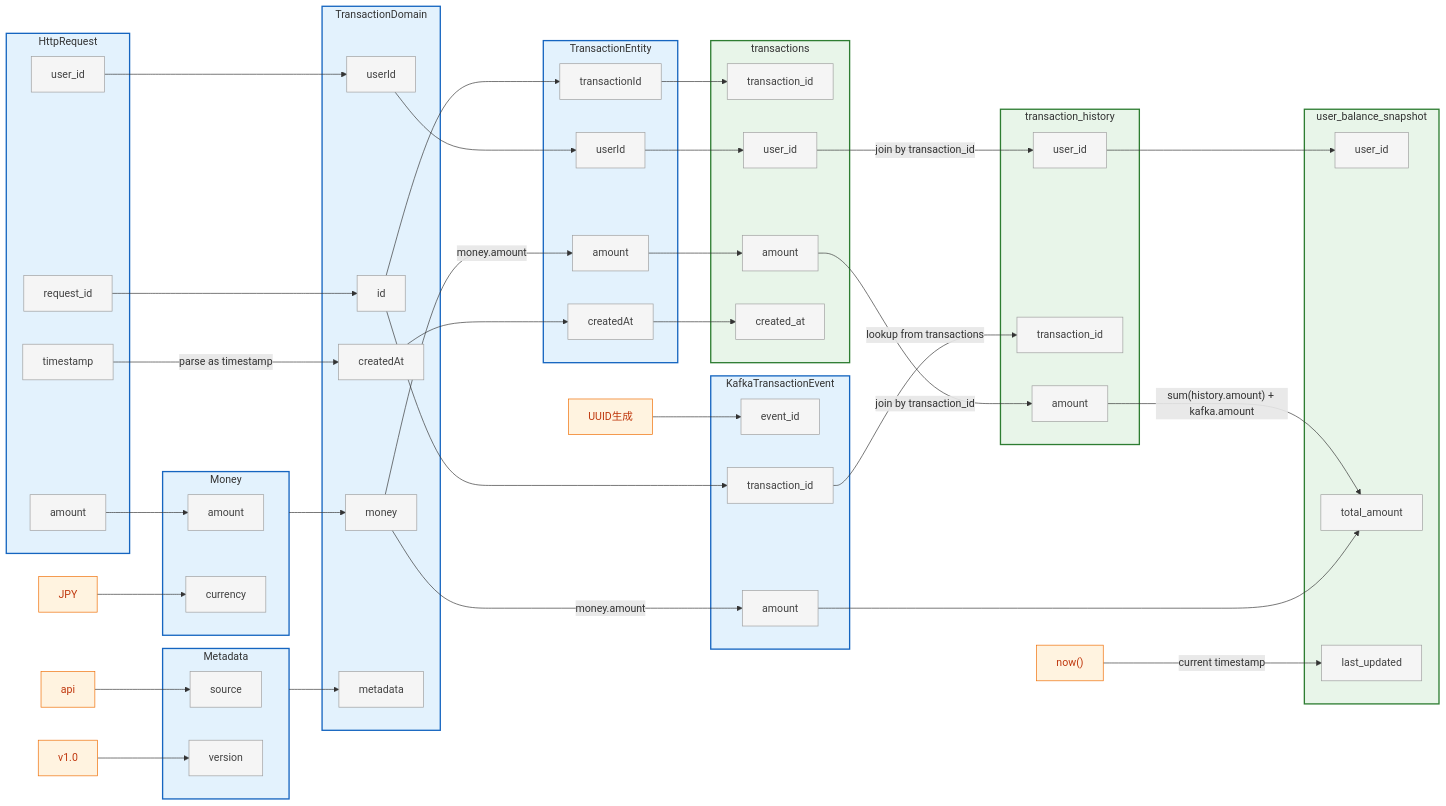
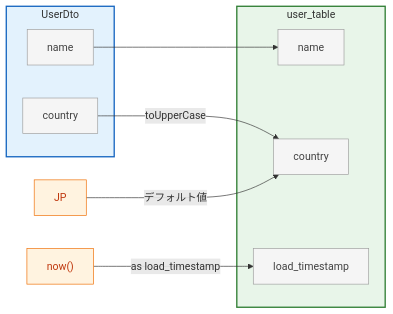
The diagram in README.md (suwa-sh/lineage-to-graph), drawn with Mermaid before and after one commit. The commit also changed other lines of this file and 1 other file, not shown here.

Commit message:
docs: 情報整理

````diff
--- a/README.md
+++ b/README.md
@@ -15,105 +32,23 @@
   classDef property fill:#F5F5F5,stroke:#9E9E9E,stroke-width:1px,color:#424242;
   classDef literal fill:#FFF3E0,stroke:#EF6C00,stroke-width:1px,color:#BF360C;
 
-    subgraph KafkaTransactionEvent[KafkaTransactionEvent]
-      KafkaTransactionEvent_event_id["event_id"]:::property
-      KafkaTransactionEvent_transaction_id["transaction_id"]:::property
-      KafkaTransactionEvent_amount["amount"]:::property
+    subgraph UserDto[UserDto]
+      UserDto_name["name"]:::property
+      UserDto_country["country"]:::property
     end
-    class KafkaTransactionEvent program_bg
+    class UserDto program_bg
 
-    subgraph transaction_history[transaction_history]
-      transaction_history_user_id["user_id"]:::property
-      transaction_history_transaction_id["transaction_id"]:::property
-      transaction_history_amount["amount"]:::property
+    subgraph user_table[user_table]
+      user_table_name["name"]:::property
+      user_table_country["country"]:::property
+      user_table_load_timestamp["load_timestamp"]:::property
     end
-    class transaction_history datastore_bg
+    class user_table datastore_bg
 
-    subgraph user_balance_snapshot[user_balance_snapshot]
-      user_balance_snapshot_user_id["user_id"]:::property
-      user_balance_snapshot_total_amount["total_amount"]:::property
-      user_balance_snapshot_last_updated["last_updated"]:::property
-    end
-    class user_balance_snapshot datastore_bg
-
-    subgraph TransactionDomain[TransactionDomain]
-      TransactionDomain_id["id"]:::property
-      TransactionDomain_userId["userId"]:::property
-      TransactionDomain_createdAt["createdAt"]:::property
-      TransactionDomain_money["money"]:::property
-      TransactionDomain_metadata["metadata"]:::property
-    end
-    class TransactionDomain program_bg
-
-    subgraph Money[Money]
-      Money_amount["amount"]:::property
-      Money_currency["currency"]:::property
-    end
-    class Money program_bg
-
-    subgraph TransactionEntity[TransactionEntity]
-      TransactionEntity_transactionId["transactionId"]:::property
-      TransactionEntity_userId["userId"]:::property
-      TransactionEntity_amount["amount"]:::property
-      TransactionEntity_createdAt["createdAt"]:::property
-    end
-    class TransactionEntity program_bg
-
-    subgraph HttpRequest[HttpRequest]
-      HttpRequest_request_id["request_id"]:::property
-      HttpRequest_user_id["user_id"]:::property
-      HttpRequest_amount["amount"]:::property
-      HttpRequest_timestamp["timestamp"]:::property
-    end
-    class HttpRequest program_bg
-
-    subgraph Metadata[Metadata]
-      Metadata_source["source"]:::property
-      Metadata_version["version"]:::property
-    end
-    class Metadata program_bg
-
-    subgraph transactions[transactions]
-      transactions_transaction_id["transaction_id"]:::property
-      transactions_user_id["user_id"]:::property
-      transactions_amount["amount"]:::property
-      transactions_created_at["created_at"]:::property
-    end
-    class transactions datastore_bg
-
-  HttpRequest_request_id --> TransactionDomain_id
-  HttpRequest_user_id --> TransactionDomain_userId
-  HttpRequest_timestamp -->|"parse as timestamp"| TransactionDomain_createdAt
-  HttpRequest_amount --> Money_amount
-  lit_JPY["JPY"]:::literal
-  lit_JPY --> Money_currency
-  lit_api["api"]:::literal
-  lit_api --> Metadata_source
-  lit_v1_0["v1.0"]:::literal
-  lit_v1_0 --> Metadata_version
-  Money --> TransactionDomain_money
-  Metadata --> TransactionDomain_metadata
-  TransactionDomain_id --> TransactionEntity_transactionId
-  TransactionDomain_userId --> TransactionEntity_userId
-  TransactionDomain_money -->|"money.amount"| TransactionEntity_amount
-  TransactionDomain_createdAt --> TransactionEntity_createdAt
-  TransactionEntity_transactionId --> transactions_transaction_id
-  TransactionEntity_userId --> transactions_user_id
-  TransactionEntity_amount --> transactions_amount
-  TransactionEntity_createdAt --> transactions_created_at
-  TransactionDomain_id --> KafkaTransactionEvent_transaction_id
-  lit_UUID["UUID生成"]:::literal
-  lit_UUID --> KafkaTransactionEvent_event_id
-  TransactionDomain_money -->|"money.amount"| KafkaTransactionEvent_amount
-  KafkaTransactionEvent_transaction_id -->|"lookup from transactions"| transaction_history_transaction_id
-  transactions_user_id -->|"join by transaction_id"| transaction_history_user_id
-  transactions_amount -->|"join by transaction_id"| transaction_history_amount
-  transaction_history_user_id --> user_balance_snapshot_user_id
-  transaction_history_amount -->|"sum(history.amount) + kafka.amount"| user_balance_snapshot_total_amount
-  KafkaTransactionEvent_amount --> user_balance_snapshot_total_amount
+  UserDto_name --> user_table_name
+  UserDto_country -->|"toUpperCase"| user_table_country
+  lit_JP["JP"]:::literal
+  lit_JP -->|"デフォルト値"| user_table_country
   lit_now["now()"]:::literal
-  lit_now -->|"current timestamp"| user_balance_snapshot_last_updated
-
-  style Money fill:#E3F2FD,stroke:#1565C0,stroke-width:2px
-  style Metadata fill:#E3F2FD,stroke:#1565C0,stroke-width:2px
+  lit_now -->|"as load_timestamp"| user_table_load_timestamp
 ```
````
